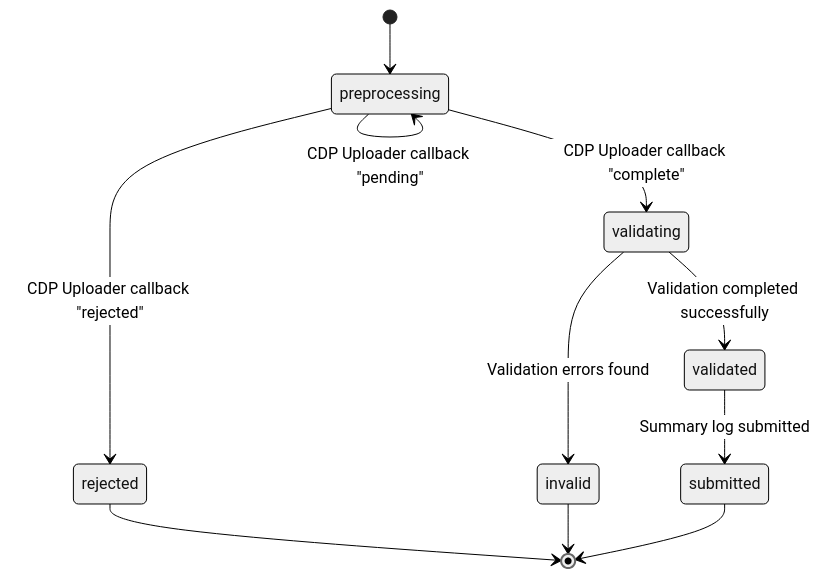
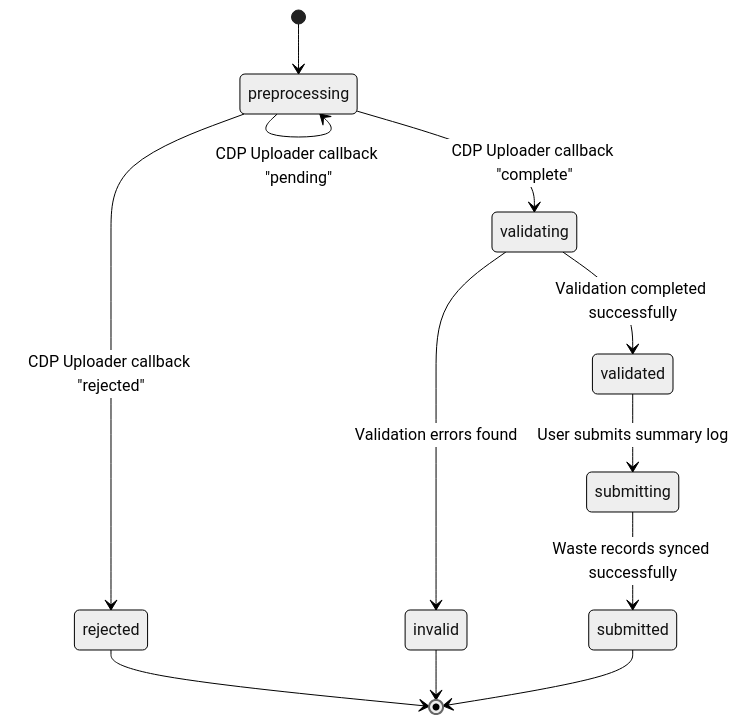
One commit to DEFRA/epr-re-ex-service changed the third of 10 diagrams in docs/architecture/discovery/pepr-hld.md. Above: the diagram before and after it, drawn with Mermaid (neutral theme). The commit also changed other lines of this file and 1 other file, not shown here.

Commit message:
docs: update LLD to reflect actual summary log and waste record implementation
Updates the discovery architecture documents to match what was actually
implemented rather than the original design:

Summary Logs:
- Remove separate /uploaded endpoint (merged into /upload-completed)
- Add submitting status to state machine (validated → submitting → submitted)
- Update CDP callback payload to use summaryLogUpload field name
- Update SUMMARY-LOG entity to show file object structure with nested uri
- Add loads classification structure (added/unchanged/adjusted × valid/invalid)
- Add validation issues structure with severity, category, code fields

Waste Records:
- Rename ourReference to rowId
- Add registrationId field
- Mark accreditationId as optional (for registration-only organisations)
- Update summaryLog reference to object with id and uri fields
- Update all JSON examples with new field names and structures

Sequence Diagrams:
- Remove frontend call to /uploaded endpoint
- Update CDP callback payload format
- Update backend notes to reference rowId
- Update Phase 2 to show submitting status and 202 response

````diff
--- a/docs/architecture/discovery/pepr-hld.md
+++ b/docs/architecture/discovery/pepr-hld.md
@@ -256,13 +256,14 @@
 ```mermaid
 stateDiagram-v2
     [*] --> preprocessing
     preprocessing --> preprocessing: CDP Uploader callback "pending"
     preprocessing --> rejected: CDP Uploader callback "rejected"
     preprocessing --> validating: CDP Uploader callback "complete"
     validating --> invalid: Validation errors found
     validating --> validated: Validation completed successfully
-    validated --> submitted: Summary log submitted
+    validated --> submitting: User submits summary log
+    submitting --> submitted: Waste records synced successfully
     rejected --> [*]
     invalid --> [*]
     submitted --> [*]
 ```
````
